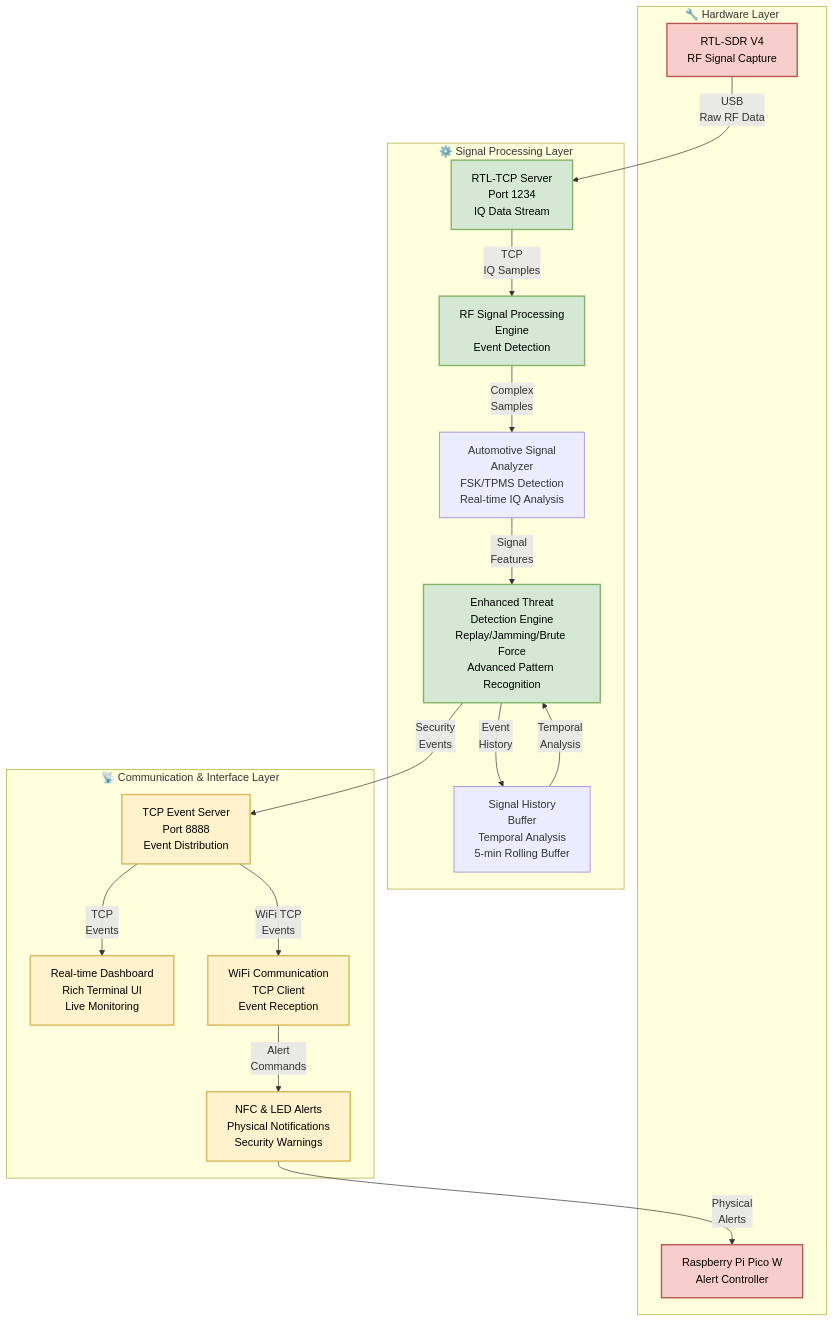
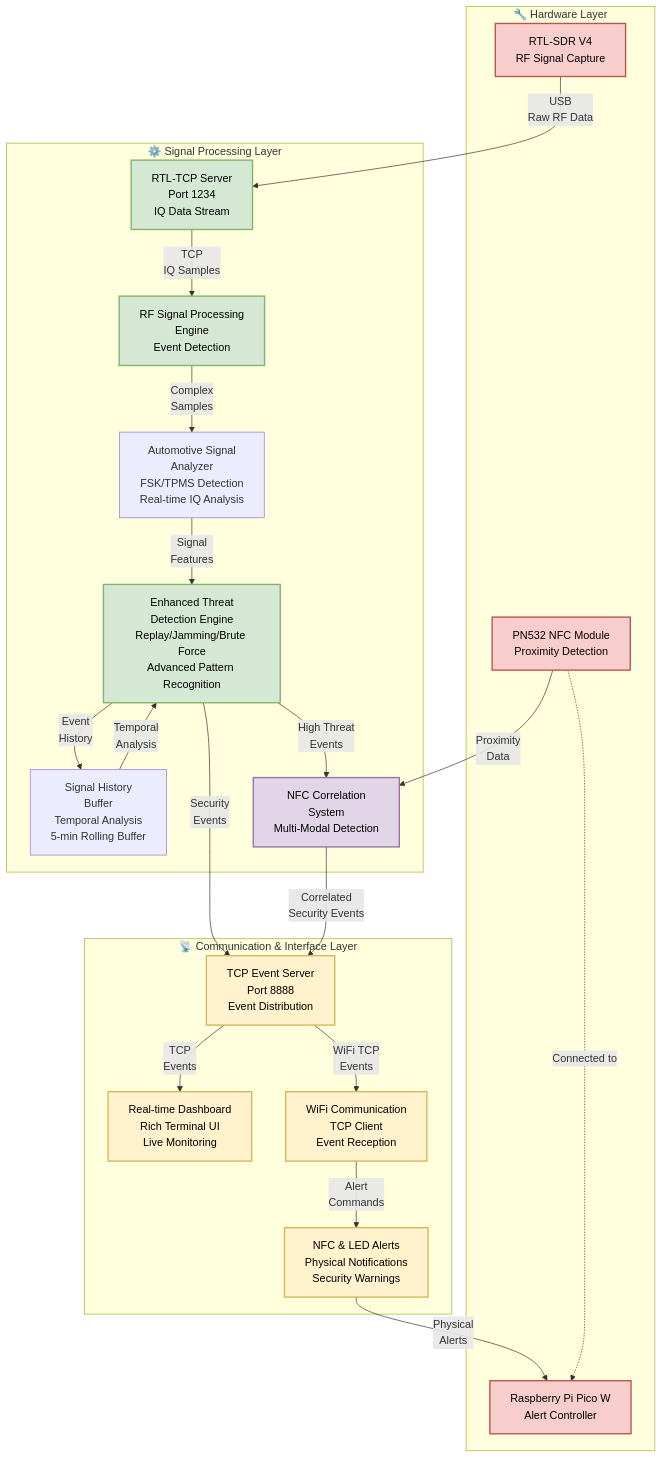
Before and after one commit to jondmarien/automotive-security-capstone: the first of 5 diagrams in backend/docs/diagrams/architecture.md, drawn with Mermaid. The commit also changed other lines of this file and 11 other files, not shown here.

Commit message:
chore(docs): updated docs to include new changes regarding NFC detection, correlation, and brute force attacks via RF.

````diff
--- a/backend/docs/diagrams/architecture.md
+++ b/backend/docs/diagrams/architecture.md
@@ -5,47 +5,55 @@
 ```mermaid
 graph TB
     %% Hardware Layer
     subgraph HW ["🔧 Hardware Layer"]
         RTL[RTL-SDR V4<br/>RF Signal Capture]
         PICO[Raspberry Pi Pico W<br/>Alert Controller]
+        NFC[PN532 NFC Module<br/>Proximity Detection]
     end
     
     %% Processing Layer  
     subgraph PROC ["⚙️ Signal Processing Layer"]
         TCP_SRV[RTL-TCP Server<br/>Port 1234<br/>IQ Data Stream]
         SIG_PROC[RF Signal Processing<br/>Engine<br/>Event Detection]
         AUTO_ANALYZER[Automotive Signal<br/>Analyzer<br/>FSK/TPMS Detection<br/>Real-time IQ Analysis]
         HIST_BUFFER[Signal History<br/>Buffer<br/>Temporal Analysis<br/>5-min Rolling Buffer]
         DETECT[Enhanced Threat<br/>Detection Engine<br/>Replay/Jamming/Brute Force<br/>Advanced Pattern Recognition]
+        NFC_CORR[NFC Correlation<br/>System<br/>Multi-Modal Detection]
     end
     
     %% Communication Layer
     subgraph COMM ["📡 Communication & Interface Layer"]
         EVENT_SRV[TCP Event Server<br/>Port 8888<br/>Event Distribution]
         DASH[Real-time Dashboard<br/>Rich Terminal UI<br/>Live Monitoring]
         WIFI[WiFi Communication<br/>TCP Client<br/>Event Reception]
         ALERTS[NFC & LED Alerts<br/>Physical Notifications<br/>Security Warnings]
     end
     
     %% Data Flow
     RTL -->|USB<br/>Raw RF Data| TCP_SRV
     TCP_SRV -->|TCP<br/>IQ Samples| SIG_PROC
     SIG_PROC -->|Complex<br/>Samples| AUTO_ANALYZER
     AUTO_ANALYZER -->|Signal<br/>Features| DETECT
     DETECT -->|Event<br/>History| HIST_BUFFER
     HIST_BUFFER -->|Temporal<br/>Analysis| DETECT
     DETECT -->|Security<br/>Events| EVENT_SRV
+    DETECT -->|High Threat<br/>Events| NFC_CORR
+    NFC -->|Proximity<br/>Data| NFC_CORR
+    NFC_CORR -->|Correlated<br/>Security Events| EVENT_SRV
     EVENT_SRV -->|TCP<br/>Events| DASH
     EVENT_SRV -->|WiFi TCP<br/>Events| WIFI
     WIFI -->|Alert<br/>Commands| ALERTS
     ALERTS -->|Physical<br/>Alerts| PICO
+    NFC -.->|Connected to| PICO
     
     %% Styling
     classDef hardware fill:#f8cecc,stroke:#b85450,stroke-width:2px,color:#000
     classDef processing fill:#d5e8d4,stroke:#82b366,stroke-width:2px,color:#000
     classDef communication fill:#fff2cc,stroke:#d6b656,stroke-width:2px,color:#000
+    classDef correlation fill:#e1d5e7,stroke:#9673a6,stroke-width:2px,color:#000
     
-    class RTL,PICO hardware
+    class RTL,PICO,NFC hardware
     class TCP_SRV,SIG_PROC,DETECT processing
+    class NFC_CORR correlation
     class EVENT_SRV,DASH,WIFI,ALERTS communication
 ```
````
